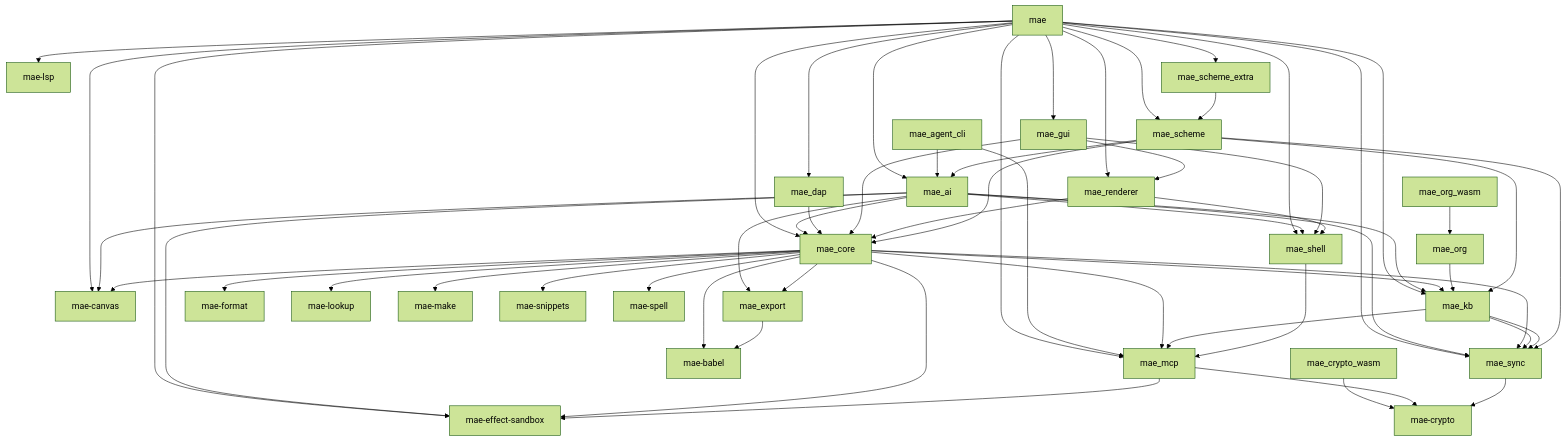
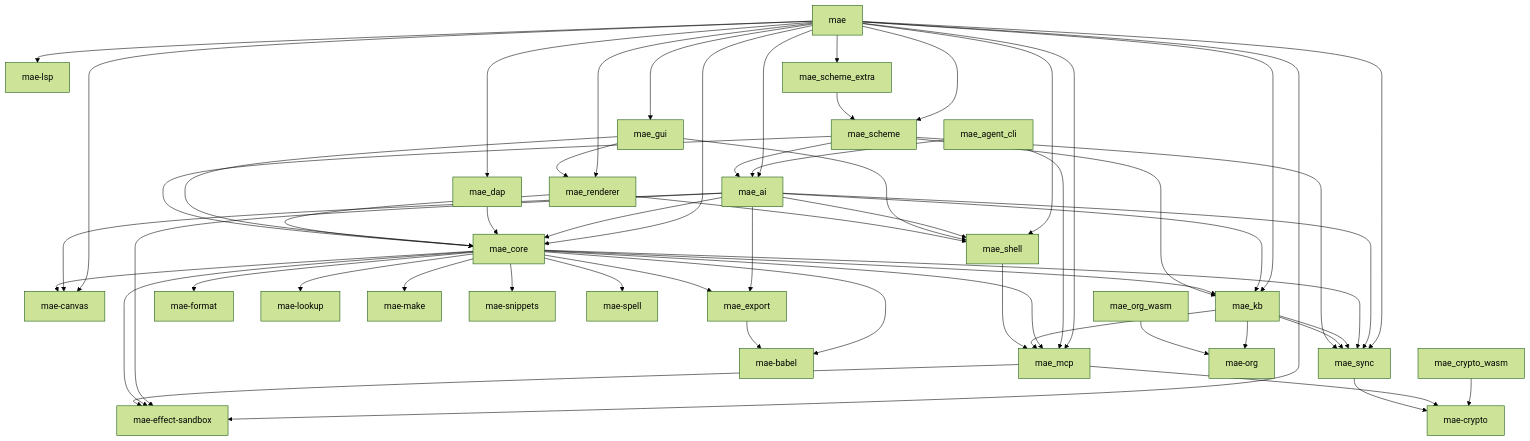
Before and after one commit to cuttlefisch/mae: the diagram in docs/CODE_MAP.md, drawn with Mermaid (forest theme). The commit also changed other lines of this file and 15 other files, not shown here.

First line of the commit message:
feat(kb): org_ingest, mae-kb's derivation on mae-org (#941 PR1)

````diff
--- a/docs/CODE_MAP.md
+++ b/docs/CODE_MAP.md
@@ -7,70 +7,71 @@
 ```mermaid
 graph TD
     mae --> mae_ai
     mae --> mae_canvas
     mae --> mae_core
     mae --> mae_dap
     mae --> mae_effect_sandbox
     mae --> mae_gui
     mae --> mae_kb
     mae --> mae_lsp
     mae --> mae_mcp
     mae --> mae_renderer
     mae --> mae_scheme
     mae --> mae_scheme_extra
     mae --> mae_shell
     mae --> mae_sync
     mae_agent_cli --> mae_ai
     mae_agent_cli --> mae_mcp
     mae_ai --> mae_canvas
     mae_ai --> mae_core
     mae_ai --> mae_effect_sandbox
     mae_ai --> mae_export
     mae_ai --> mae_kb
     mae_ai --> mae_shell
     mae_ai --> mae_sync
     mae_babel[mae-babel]
     mae_canvas[mae-canvas]
     mae_core --> mae_babel
     mae_core --> mae_canvas
     mae_core --> mae_effect_sandbox
     mae_core --> mae_export
     mae_core --> mae_format
     mae_core --> mae_kb
     mae_core --> mae_lookup
     mae_core --> mae_make
     mae_core --> mae_snippets
     mae_core --> mae_spell
     mae_core --> mae_sync
     mae_core --> mae_mcp
     mae_crypto[mae-crypto]
     mae_crypto_wasm --> mae_crypto
     mae_dap --> mae_core
     mae_effect_sandbox[mae-effect-sandbox]
     mae_export --> mae_babel
     mae_format[mae-format]
     mae_gui --> mae_core
     mae_gui --> mae_renderer
     mae_gui --> mae_shell
     mae_kb --> mae_mcp
+    mae_kb --> mae_org
     mae_kb --> mae_sync
     mae_kb --> mae_sync
     mae_lookup[mae-lookup]
     mae_lsp[mae-lsp]
     mae_make[mae-make]
     mae_mcp --> mae_crypto
     mae_mcp --> mae_effect_sandbox
-    mae_org --> mae_kb
+    mae_org[mae-org]
     mae_org_wasm --> mae_org
     mae_renderer --> mae_core
     mae_renderer --> mae_shell
     mae_scheme --> mae_ai
     mae_scheme --> mae_core
     mae_scheme --> mae_kb
     mae_scheme --> mae_sync
     mae_scheme_extra --> mae_scheme
     mae_shell --> mae_mcp
     mae_snippets[mae-snippets]
     mae_spell[mae-spell]
     mae_sync --> mae_crypto
 ```
````
